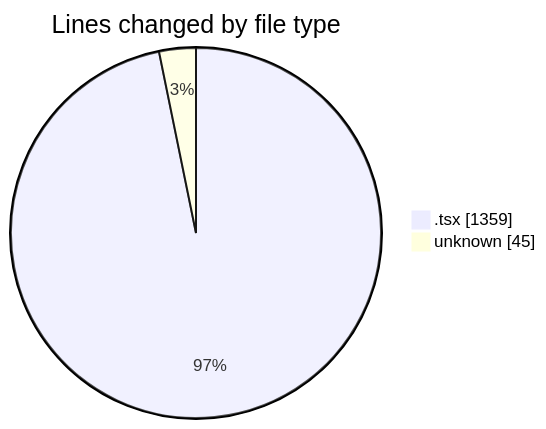
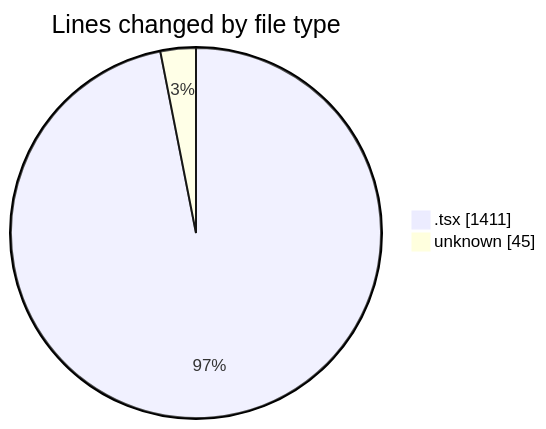
Before and after one commit to momahboobian/code-tracking: the first of 2 diagrams in 2025-09-01/cda/README.md, drawn with Mermaid. The commit also changed other lines of this file and 1 other file, not shown here.

````diff
--- a/2025-09-01/cda/README.md
+++ b/2025-09-01/cda/README.md
@@ -24,6 +24,6 @@
 ```mermaid
 pie showData
 title Lines changed by file type
-".tsx" : 1359
+".tsx" : 1411
 "unknown" : 45
 ```
````
